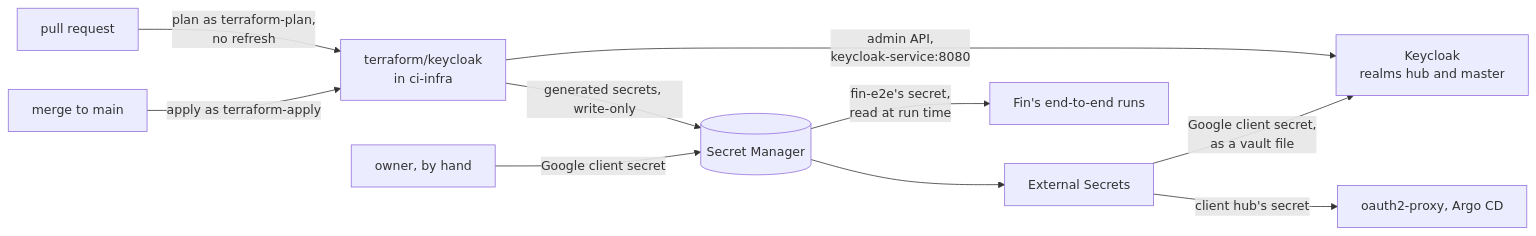
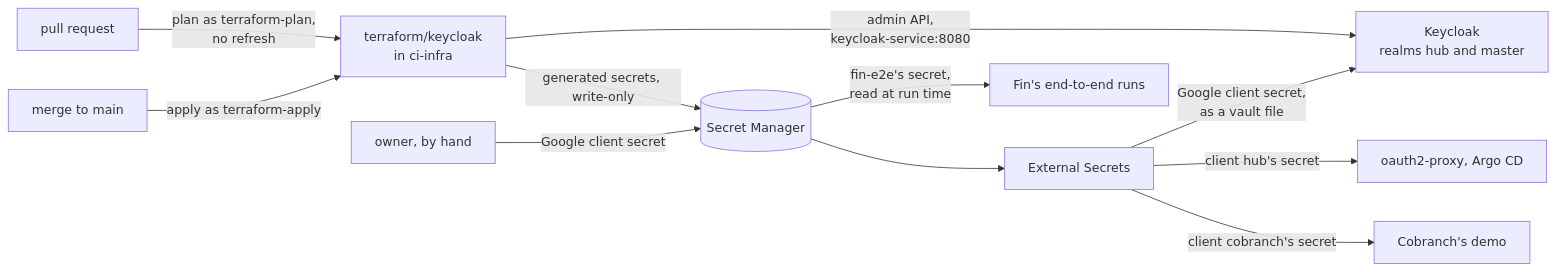
One commit to arikkfir-org/infra changed the diagram in docs/infra/terraform/keycloak.md. Above: the diagram before and after it, drawn with Mermaid. The commit also changed other lines of this file and 3 other files, not shown here.

First line of the commit message:
feat(keycloak): add client cobranch for the demo's sign-in

````diff
--- a/docs/infra/terraform/keycloak.md
+++ b/docs/infra/terraform/keycloak.md
@@ -5,12 +5,13 @@
 ```mermaid
 flowchart LR
   PR["pull request"] -->|"plan as terraform-plan,<br/>no refresh"| T["terraform/keycloak<br/>in ci-infra"]
   MG["merge to main"] -->|"apply as terraform-apply"| T
   T -->|"admin API,<br/>keycloak-service:8080"| K["Keycloak<br/>realms hub and master"]
   T -->|"generated secrets, write-only"| SM[("Secret Manager")]
   OW["owner, by hand"] -->|"Google client secret"| SM
   SM --> ES["External Secrets"]
   ES -->|"client hub's secret"| C["oauth2-proxy, Argo CD"]
+  ES -->|"client cobranch's secret"| CB["Cobranch's demo"]
   ES -->|"Google client secret,<br/>as a vault file"| K
   SM -->|"fin-e2e's secret,<br/>read at run time"| E["Fin's end-to-end runs"]
 ```
````
